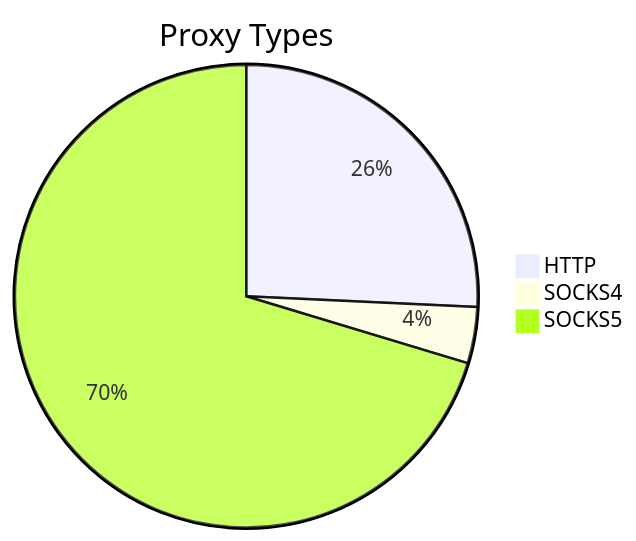
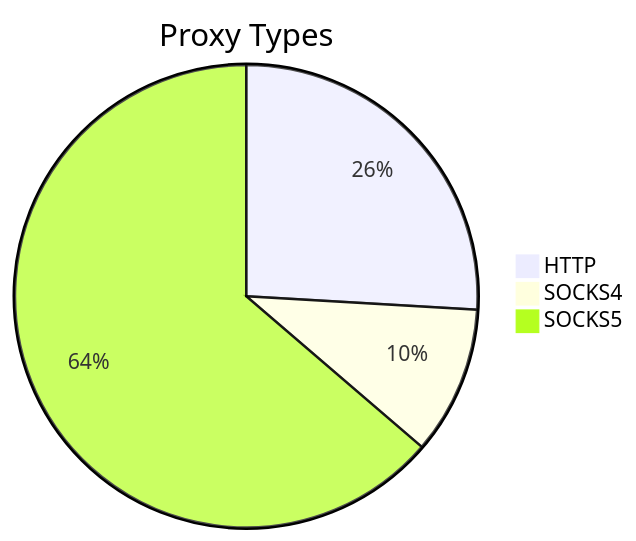
Before and after one commit to stormsia/proxy-list: the first of 2 diagrams in README.md, drawn with Mermaid. The commit also changed other lines of this file, not shown here.

````diff
--- a/README.md
+++ b/README.md
@@ -21,6 +21,6 @@
 ```mermaid
 pie title Proxy Types
-    "HTTP" : 157
-    "SOCKS4" : 24
-    "SOCKS5" : 429
+    "HTTP" : 278
+    "SOCKS4" : 111
+    "SOCKS5" : 683
 ```
````
